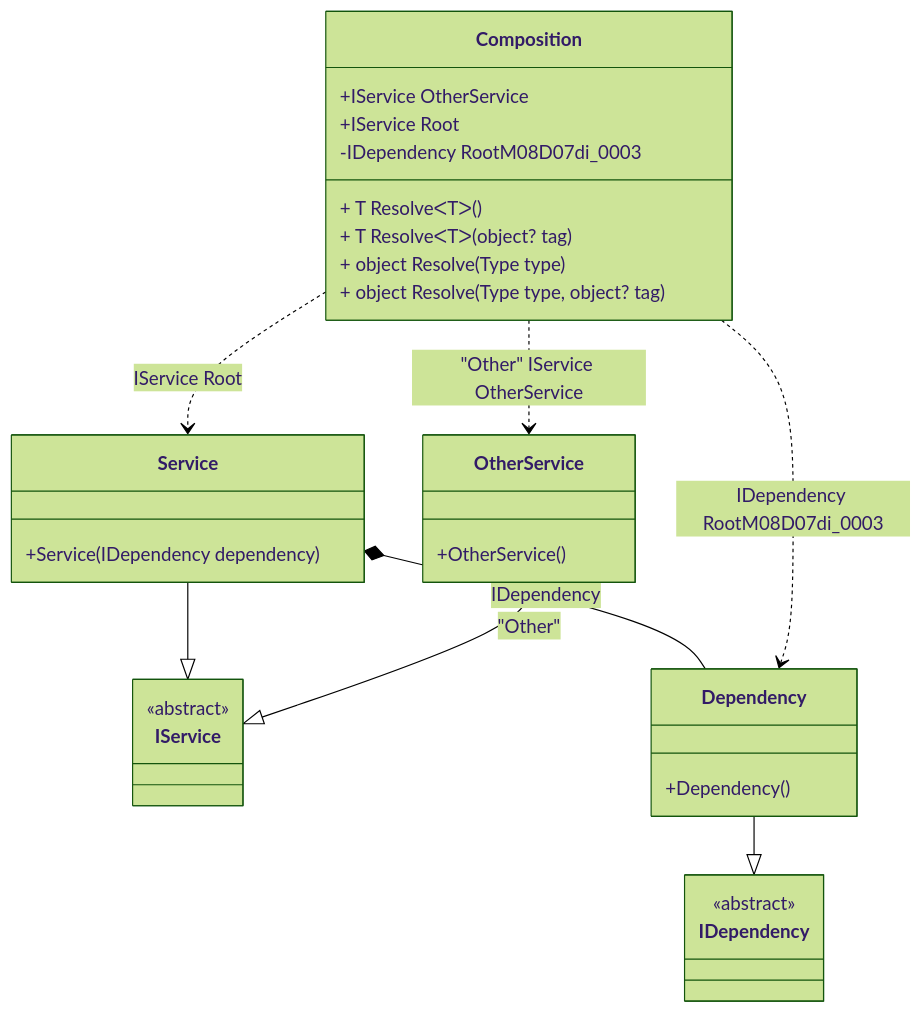
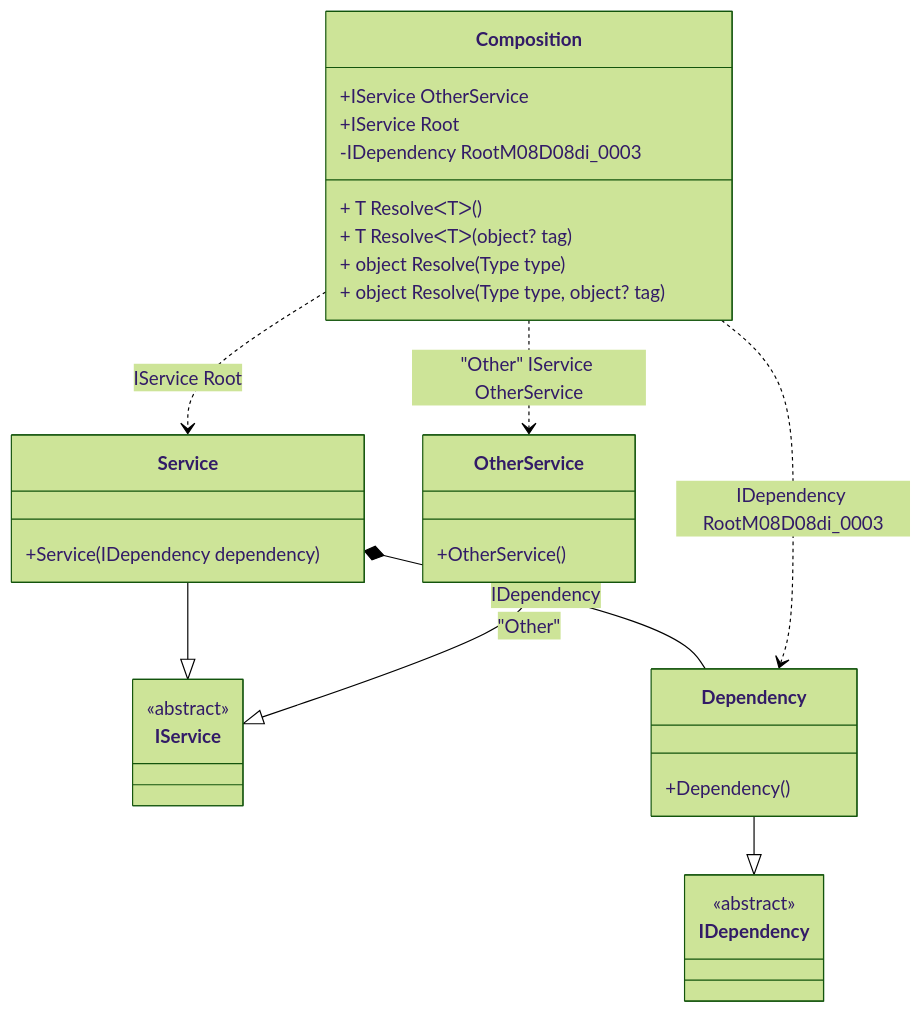
Before and after one commit to DevTeam/Pure.DI: the diagram in readme/composition-roots.md, drawn with Mermaid (forest theme). The commit also changed 10 other files, not shown here.

````diff
--- a/readme/composition-roots.md
+++ b/readme/composition-roots.md
@@ -45,34 +45,34 @@
 ```mermaid
 classDiagram
   class Composition {
     +IService OtherService
     +IService Root
-    -IDependency RootM08D07di_0003
+    -IDependency RootM08D08di_0003
     + T ResolveᐸTᐳ()
     + T ResolveᐸTᐳ(object? tag)
     + object Resolve(Type type)
     + object Resolve(Type type, object? tag)
   }
   Service --|> IService : 
   class Service {
     +Service(IDependency dependency)
   }
   OtherService --|> IService : "Other" 
   class OtherService {
     +OtherService()
   }
   Dependency --|> IDependency : 
   class Dependency {
     +Dependency()
   }
   class IService {
     <<abstract>>
   }
   class IDependency {
     <<abstract>>
   }
   Service *--  Dependency : IDependency
   Composition ..> Service : IService Root
   Composition ..> OtherService : "Other" IService OtherService
-  Composition ..> Dependency : IDependency RootM08D07di_0003
+  Composition ..> Dependency : IDependency RootM08D08di_0003
 ```
````
